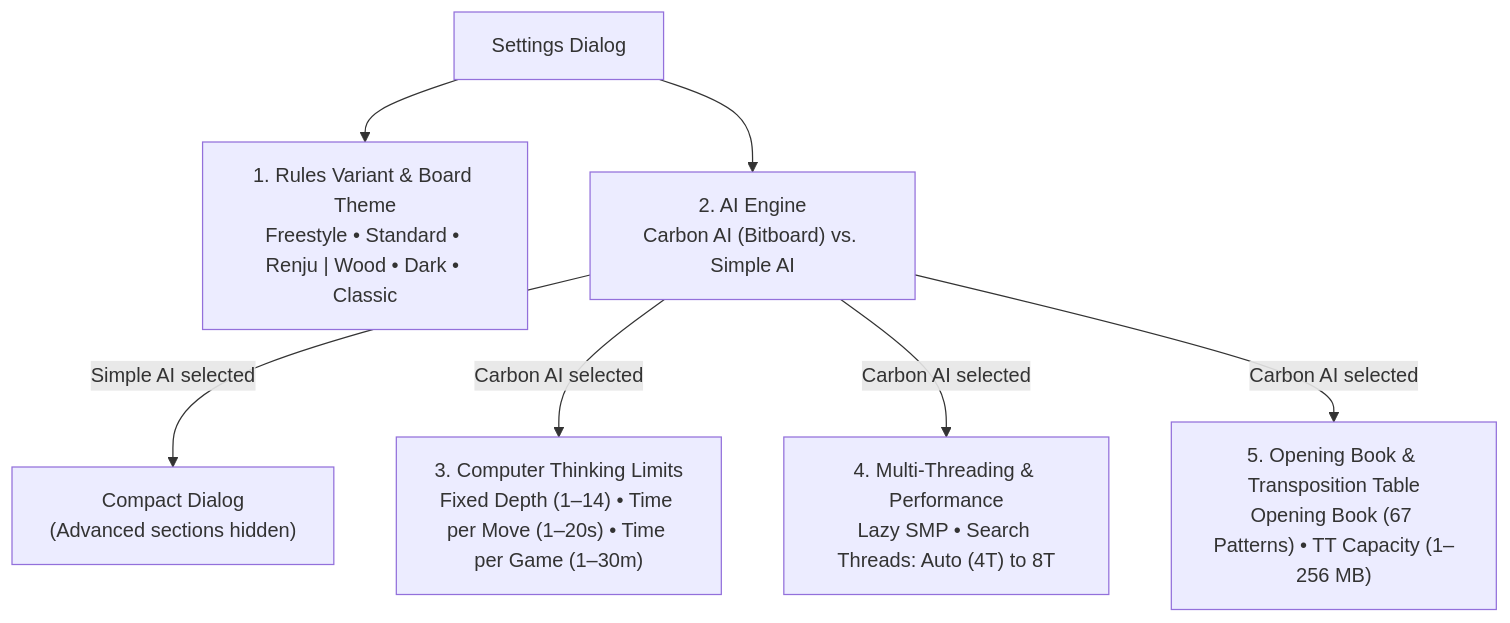
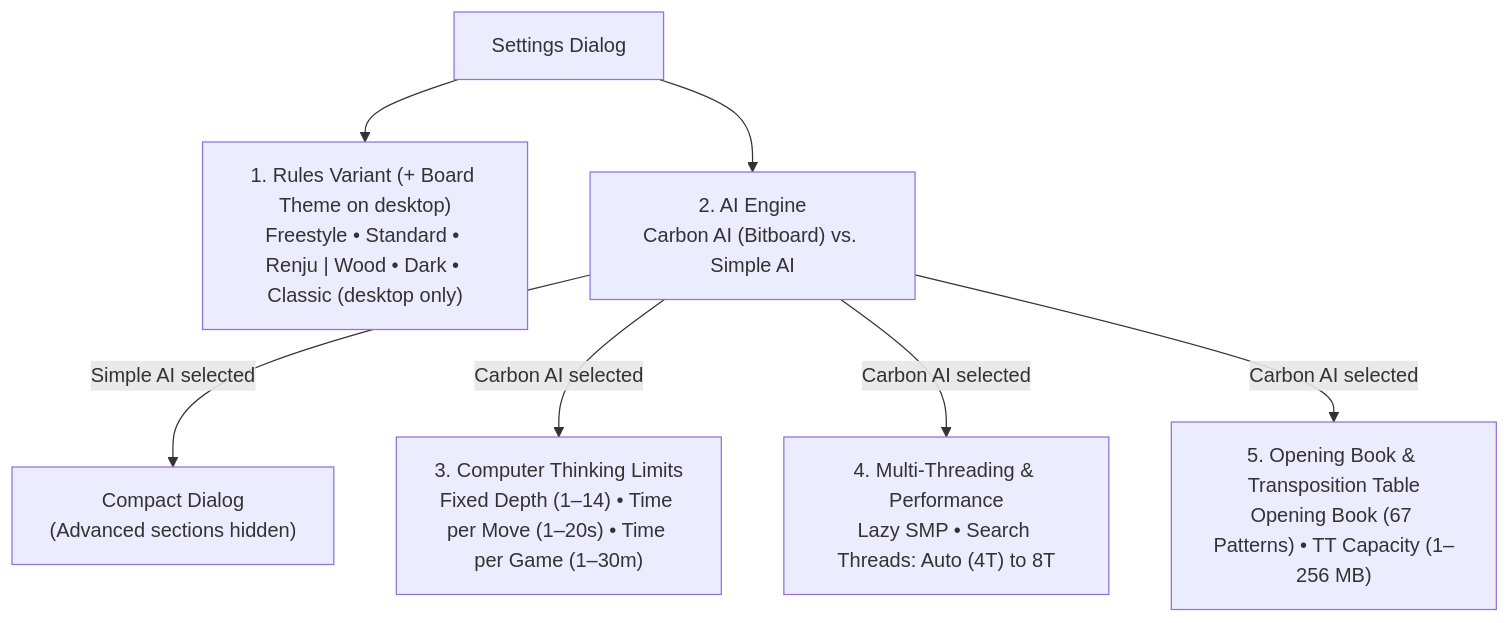
Before and after one commit to cjp-dev/Gomoku: the second of 3 diagrams in docs/brain/14-gui-and-settings.md, drawn with Mermaid. The commit also changed other lines of this file and 26 other files, not shown here.

````diff
--- a/docs/brain/14-gui-and-settings.md
+++ b/docs/brain/14-gui-and-settings.md
@@ -160,10 +162,10 @@
 ```mermaid
 graph TD
     Settings["Settings Dialog"]
-    Settings --> Section1["1. Rules Variant &amp; Board Theme<br/>Freestyle • Standard • Renju | Wood • Dark • Classic"]
+    Settings --> Section1["1. Rules Variant (+ Board Theme on desktop)<br/>Freestyle • Standard • Renju | Wood • Dark • Classic (desktop only)"]
     Settings --> Section2["2. AI Engine<br/>Carbon AI (Bitboard) vs. Simple AI"]
     Section2 -- "Simple AI selected" --> Simplified["Compact Dialog<br/>(Advanced sections hidden)"]
     Section2 -- "Carbon AI selected" --> Section3["3. Computer Thinking Limits<br/>Fixed Depth (1–14) • Time per Move (1–20s) • Time per Game (1–30m)"]
     Section2 -- "Carbon AI selected" --> Section4["4. Multi-Threading &amp; Performance<br/>Lazy SMP • Search Threads: Auto (4T) to 8T"]
     Section2 -- "Carbon AI selected" --> Section5["5. Opening Book &amp; Transposition Table<br/>Opening Book (67 Patterns) • TT Capacity (1–256 MB)"]
 ```
````
